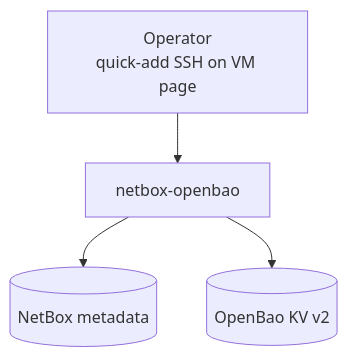
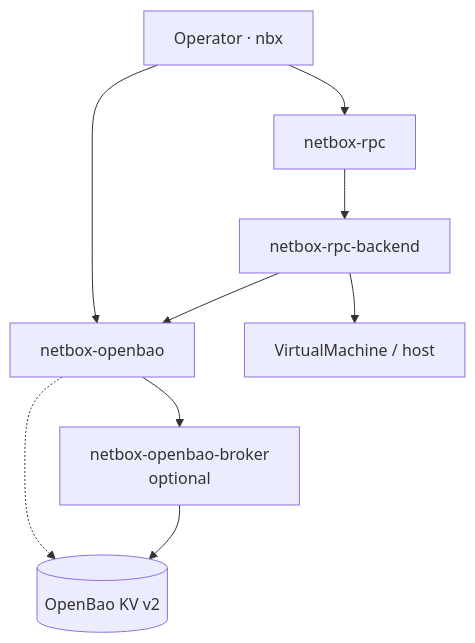
Before and after one commit to netdevopsbr/netbox-proxbox: the second of 2 diagrams in docs/companion-plugins/netbox-openbao.md, drawn with Mermaid. The commit also changed other lines of this file, not shown here.

First line of the commit message:
Align netbox-openbao companion integration guide

````diff
--- a/docs/companion-plugins/netbox-openbao.md
+++ b/docs/companion-plugins/netbox-openbao.md
@@ -44,11 +46,19 @@
 ```mermaid
 flowchart TB
-    OP["Operator\nquick-add SSH on VM page"]
+    OP["Operator · nbx"]
     OB["netbox-openbao"]
-    NB[("NetBox metadata")]
+    BR["netbox-openbao-broker\noptional"]
     BAO[("OpenBao KV v2")]
+    RPC["netbox-rpc"]
+    RBE["netbox-rpc-backend"]
+    VM["VirtualMachine / host"]
 
     OP --> OB
-    OB --> NB
-    OB --> BAO
+    OB --> BR
+    OB -.-> BAO
+    BR --> BAO
+    OP --> RPC
+    RPC --> RBE
+    RBE --> OB
+    RBE --> VM
 ```
````
